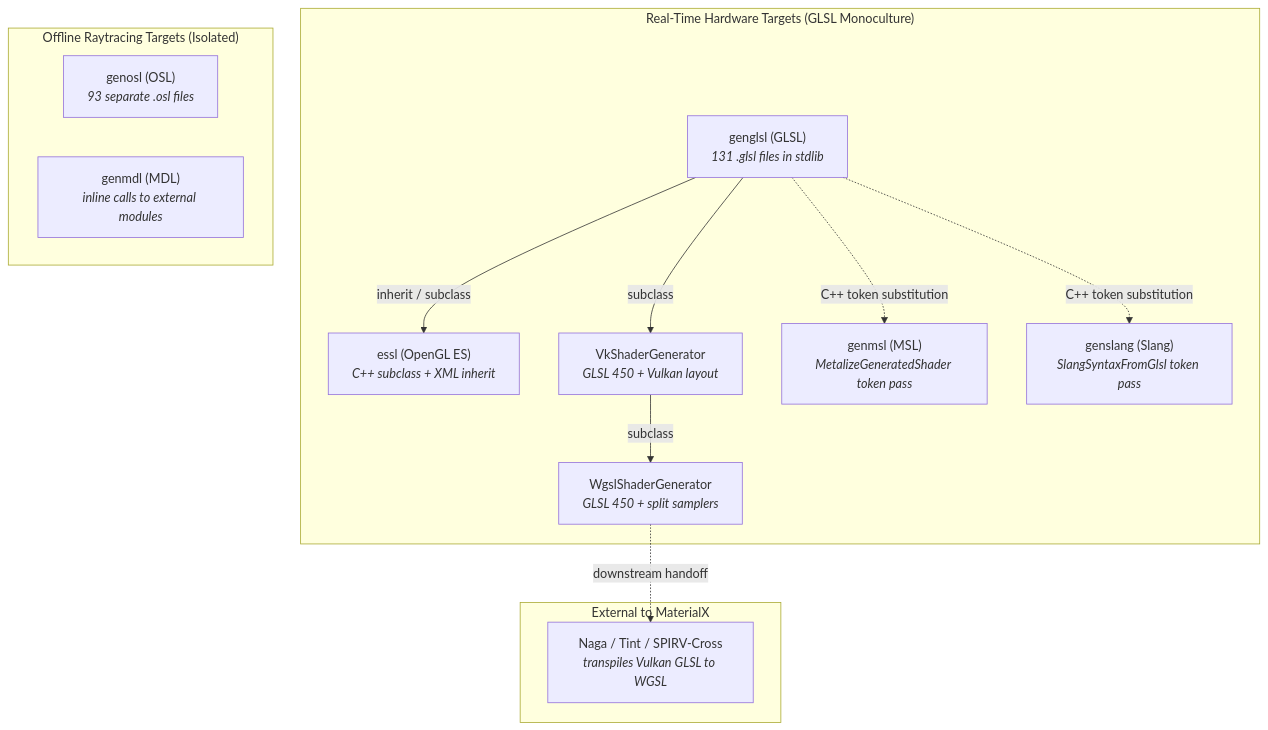
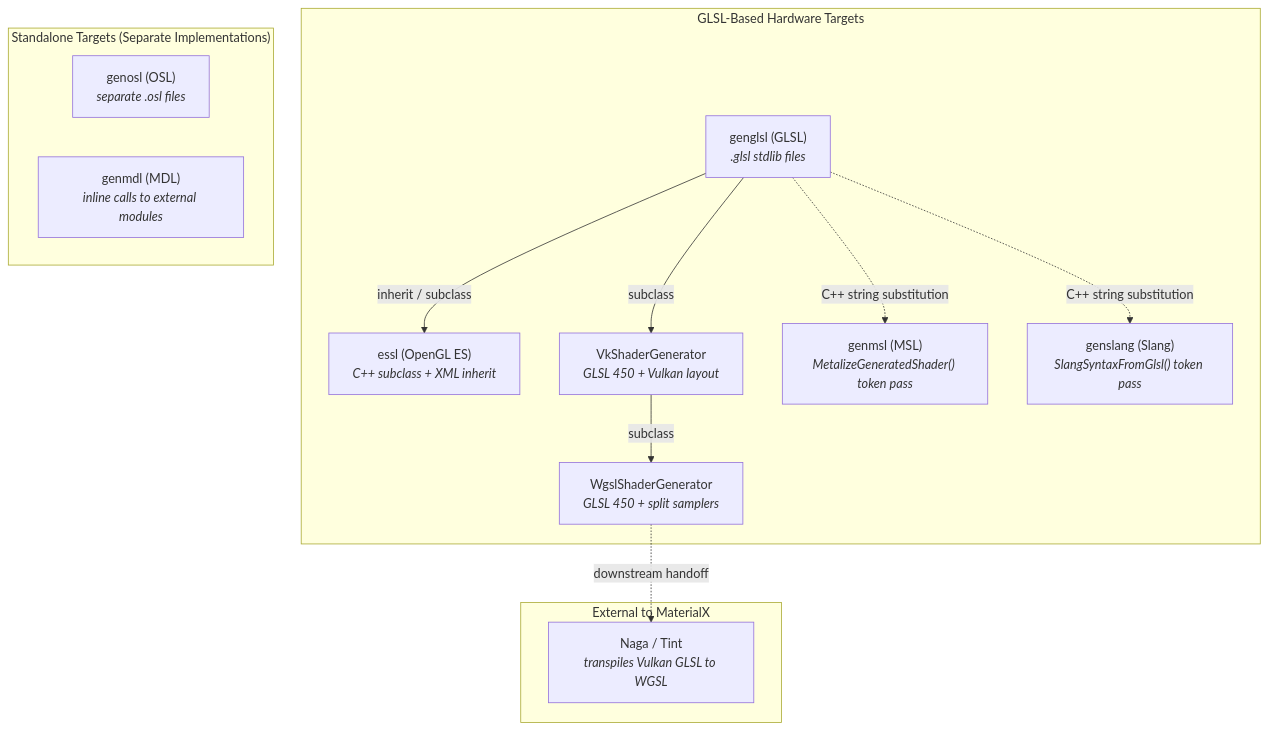
One commit to metashade/metashade changed the third of 3 diagrams in metashade/mtlx/README.md. Above: the diagram before and after it, drawn with Mermaid. The commit also changed other lines of this file, not shown here.

````diff
--- a/metashade/mtlx/README.md
+++ b/metashade/mtlx/README.md
@@ -86,27 +84,27 @@
 ```mermaid
 graph TD
-    subgraph RealTime ["Real-Time Hardware Targets (GLSL Monoculture)"]
-        GLSL["genglsl (GLSL)<br/><i>131 .glsl files in stdlib</i>"]
+    subgraph GLSLBased ["GLSL-Based Hardware Targets"]
+        GLSL["genglsl (GLSL)<br/><i>.glsl stdlib files</i>"]
         ESSL["essl (OpenGL ES)<br/><i>C++ subclass + XML inherit</i>"]
         VK["VkShaderGenerator<br/><i>GLSL 450 + Vulkan layout</i>"]
         WGSL["WgslShaderGenerator<br/><i>GLSL 450 + split samplers</i>"]
-        MSL["genmsl (MSL)<br/><i>MetalizeGeneratedShader token pass</i>"]
-        SLANG["genslang (Slang)<br/><i>SlangSyntaxFromGlsl token pass</i>"]
+        MSL["genmsl (MSL)<br/><i>MetalizeGeneratedShader() token pass</i>"]
+        SLANG["genslang (Slang)<br/><i>SlangSyntaxFromGlsl() token pass</i>"]
         
         GLSL -->|inherit / subclass| ESSL
         GLSL -->|subclass| VK
         VK -->|subclass| WGSL
-        GLSL -.->|C++ token substitution| MSL
-        GLSL -.->|C++ token substitution| SLANG
+        GLSL -.->|C++ string substitution| MSL
+        GLSL -.->|C++ string substitution| SLANG
     end
 
     subgraph External ["External to MaterialX"]
-        NAGA["Naga / Tint / SPIRV-Cross<br/><i>transpiles Vulkan GLSL to WGSL</i>"]
+        NAGA["Naga / Tint<br/><i>transpiles Vulkan GLSL to WGSL</i>"]
         WGSL -.->|downstream handoff| NAGA
     end
 
-    subgraph Offline ["Offline Raytracing Targets (Isolated)"]
-        OSL["genosl (OSL)<br/><i>93 separate .osl files</i>"]
+    subgraph Standalone ["Standalone Targets (Separate Implementations)"]
+        OSL["genosl (OSL)<br/><i>separate .osl files</i>"]
         MDL["genmdl (MDL)<br/><i>inline calls to external modules</i>"]
     end
 ```
````
